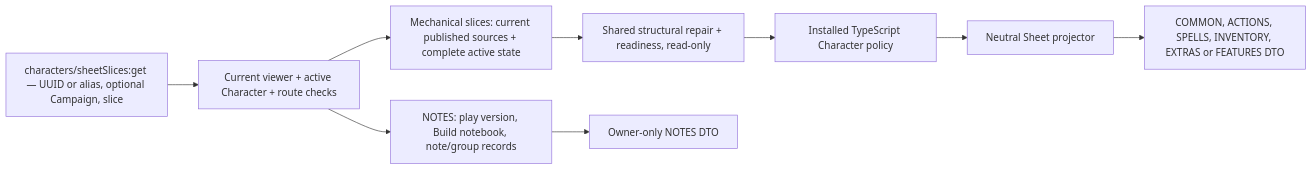
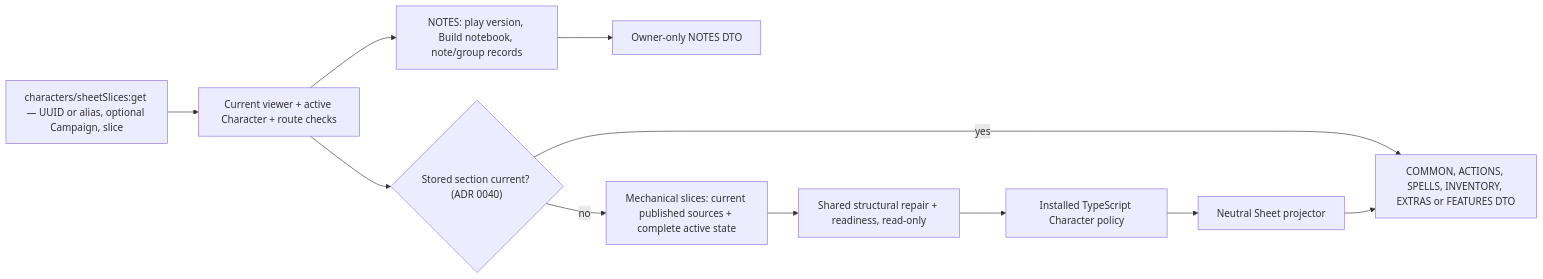
Before and after one commit to MPiland/artificer-toolkit: diagram 11 of 15 in docs/architecture/character.md, drawn with Mermaid. The commit also changed other lines of this file and 20 other files, not shown here.

````diff
--- a/docs/architecture/character.md
+++ b/docs/architecture/character.md
@@ -854,11 +854,13 @@
 ```mermaid
 flowchart LR
   Request["characters/sheetSlices:get — UUID or alias, optional Campaign, slice"] --> Owner["Current viewer + active Character + route checks"]
   Owner --> Notes["NOTES: play version, Build notebook, note/group records"]
-  Owner --> Current["Mechanical slices: current published sources + complete active state"]
+  Owner --> Stored{"Stored section current? (ADR 0040)"}
+  Stored -- yes --> Result
+  Stored -- no --> Current["Mechanical slices: current published sources + complete active state"]
   Current --> Prepare["Shared structural repair + readiness, read-only"]
   Prepare --> Policy["Installed TypeScript Character policy"]
   Policy --> Projection["Neutral Sheet projector"]
   Projection --> Result["COMMON, ACTIONS, SPELLS, INVENTORY, EXTRAS or FEATURES DTO"]
   Notes --> Notebook["Owner-only NOTES DTO"]
 ```
````
